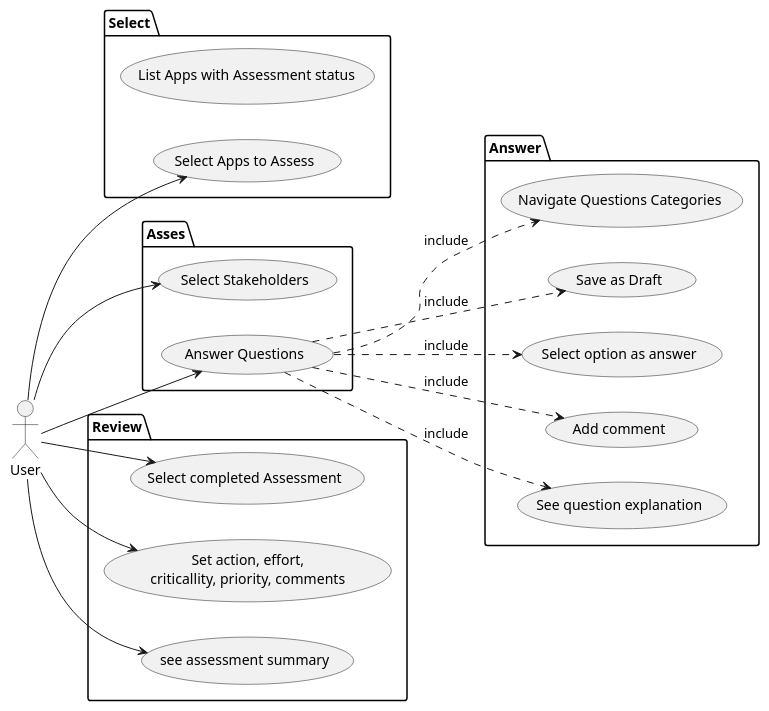
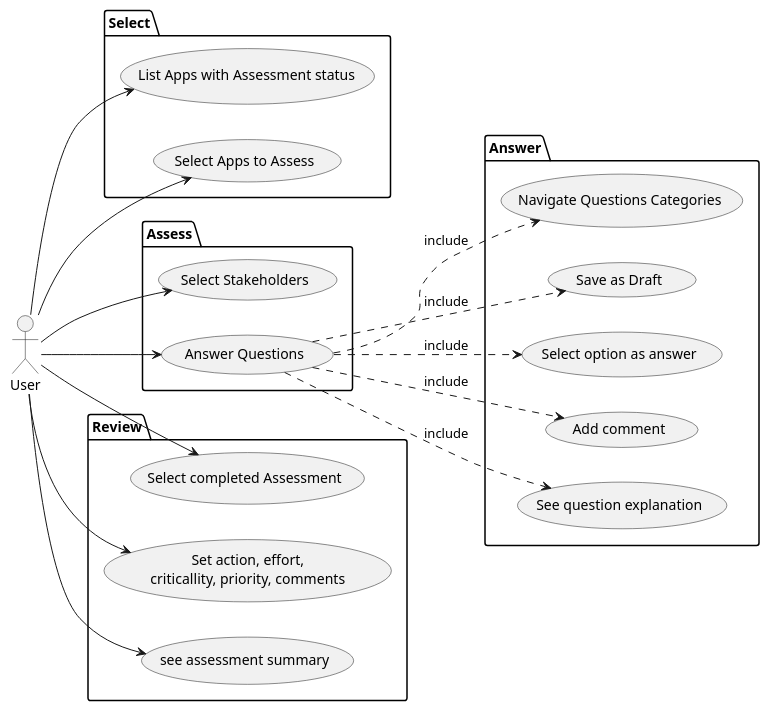
Before and after one commit to konveyor/tackle-pathfinder: the first of 3 diagrams in README.md, drawn with PlantUML. The commit also changed other lines of this file and 1 other file, not shown here.

````diff
--- a/README.md
+++ b/README.md
@@ -15,38 +17,44 @@
 ```plantuml
 @startuml
 left to right direction
 actor User
 package Select {
     usecase "List Apps with Assessment status" as list
     usecase "Select Apps to Assess" as selectapp
 }
-package Asses {
+package Assess {
     usecase "Select Stakeholders" as selectstake
     usecase "Answer Questions" as answer
 }
 package Answer {
     usecase "Navigate Questions Categories" as navigate
     usecase "Save as Draft" as save
     usecase "Select option as answer" as select
     usecase "Add comment" as comment
     usecase "See question explanation" as explana
 }
 package Review {
     usecase "Select completed Assessment" as selectassessment
     usecase review as "Set action, effort,
     criticallity, priority, comments"
     usecase "see assessment summary" as summary
 }
+
+
+
 User --> selectapp
 User --> selectstake
 User --> answer
+User --> list
 answer ..> navigate : include
 answer ..> save : include
 answer ..> select : include
 answer ..> comment : include
 answer ..> explana : include
 User --> review
 User --> summary
 User --> selectassessment
+
+
 @enduml
 ```
````
